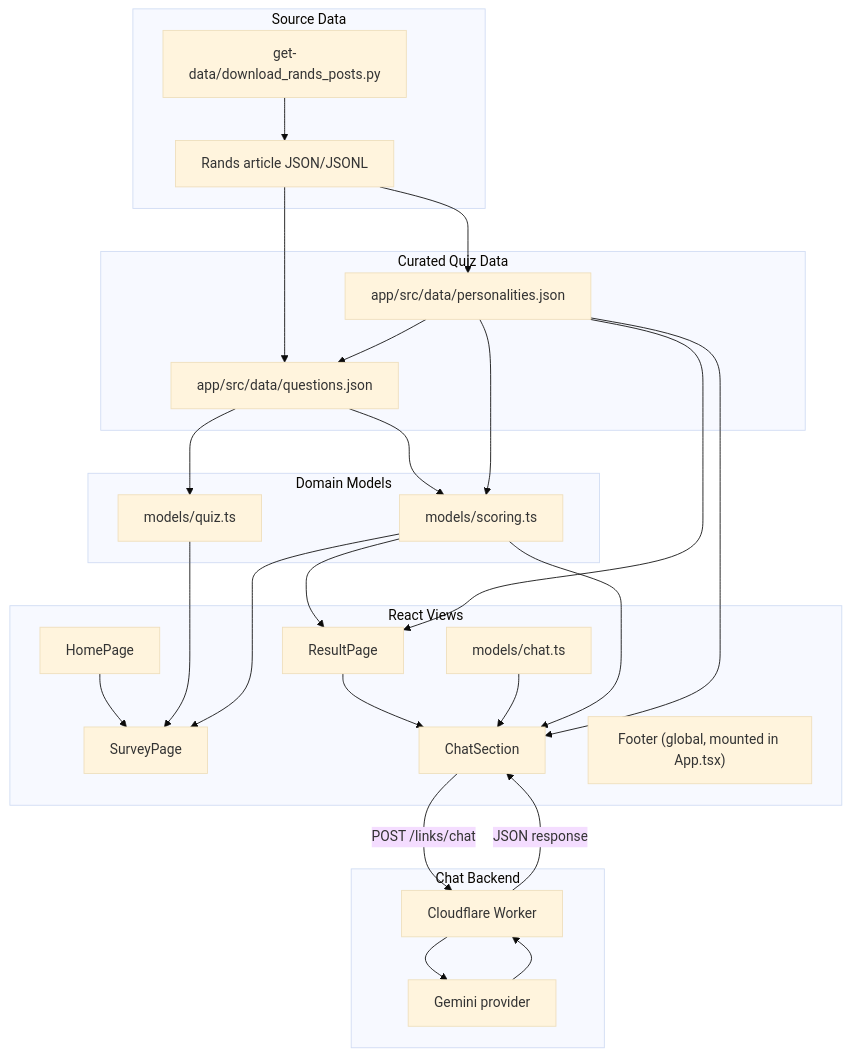
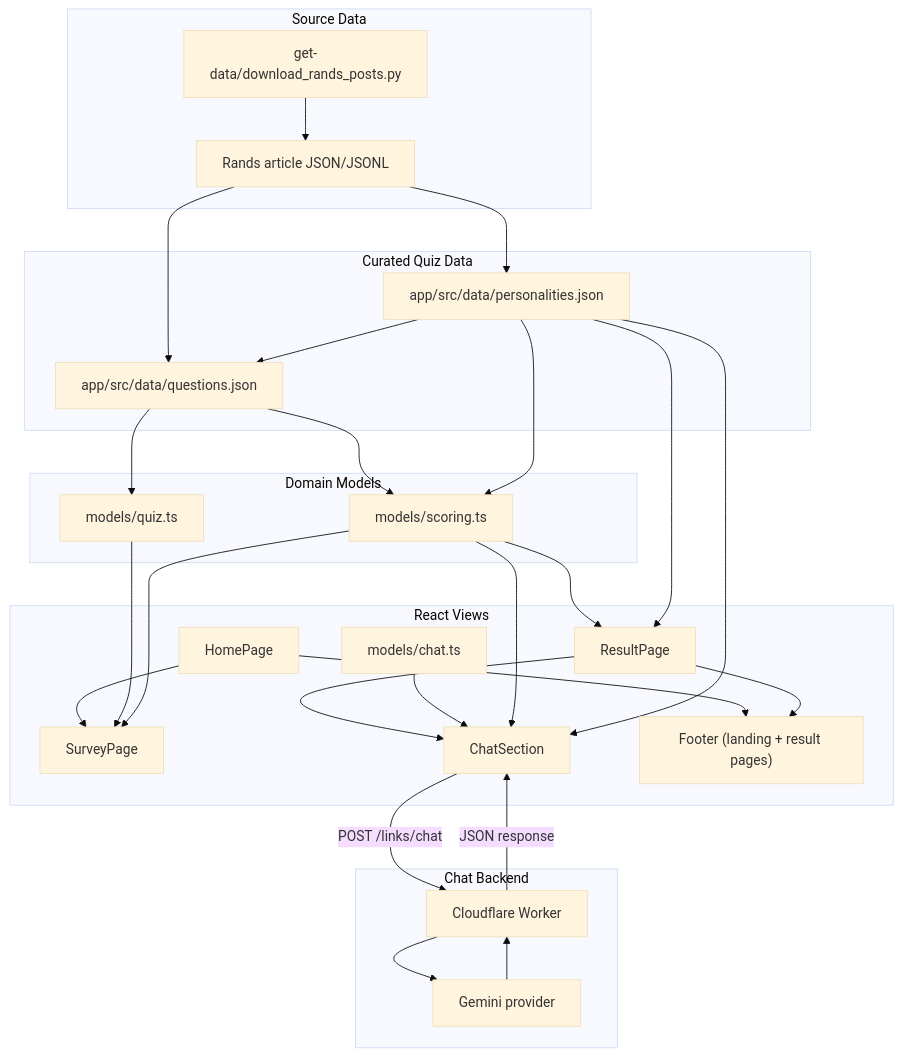
One commit to johnpfeiffer/rands-personality-game changed the first of 3 diagrams in architecture.md. Above: the diagram before and after it, drawn with Mermaid (base theme). The commit also changed other lines of this file and 6 other files, not shown here.

First line of the commit message:
restrict the built-by footer to the landing and result pages

````diff
--- a/architecture.md
+++ b/architecture.md
@@ -8,38 +8,39 @@
 ```mermaid
 flowchart TD
     subgraph Source["Source Data"]
         Downloader["get-data/download_rands_posts.py"] --> Articles["Rands article JSON/JSONL"]
     end
 
     subgraph Data["Curated Quiz Data"]
         Articles --> Personalities["app/src/data/personalities.json"]
         Articles --> Questions["app/src/data/questions.json"]
         Personalities --> Questions
     end
 
     subgraph Models["Domain Models"]
         Questions --> QuizModel["models/quiz.ts"]
         Questions --> ScoringModel["models/scoring.ts"]
         Personalities --> ScoringModel
     end
 
     subgraph Views["React Views"]
         Home["HomePage"] --> Survey["SurveyPage"]
         QuizModel --> Survey
         ScoringModel --> Survey
         ScoringModel --> Result["ResultPage"]
         Personalities --> Result
         Result --> Chat["ChatSection"]
         ChatModel["models/chat.ts"] --> Chat
         ScoringModel --> Chat
         Personalities --> Chat
-        FooterComp["Footer (global, mounted in App.tsx)"]
+        Home --> FooterComp["Footer (landing + result pages)"]
+        Result --> FooterComp
     end
 
     subgraph ChatBackend["Chat Backend"]
         Chat -->|POST /links/chat| Worker["Cloudflare Worker"]
         Worker --> Provider["Gemini provider"]
         Provider --> Worker
         Worker -->|JSON response| Chat
     end
 ```
````
